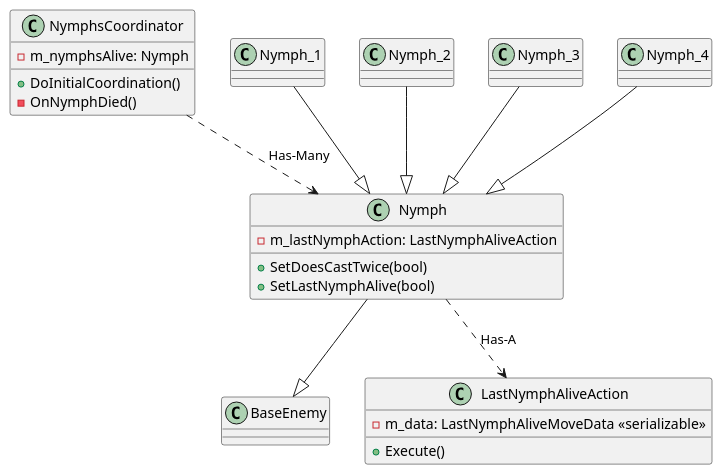
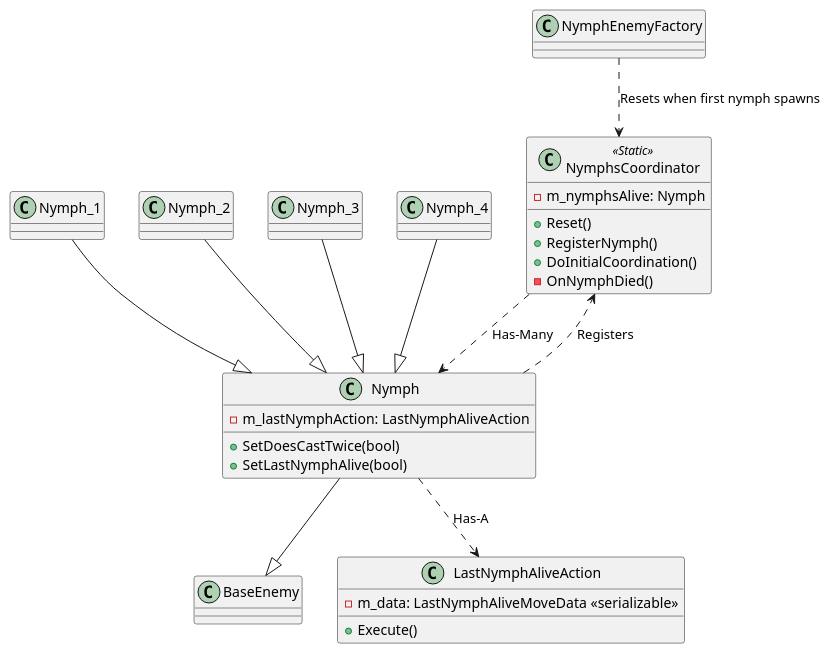
The diagram in Assets/Docs/UML/Enemies/NymphsUML.puml (theAliTajik/MarchOnOlympus), drawn with PlantUML before and after one commit. The commit also changed 2312 other files, not shown here.

```diff
--- a/Assets/Docs/UML/Enemies/NymphsUML.puml
+++ b/Assets/Docs/UML/Enemies/NymphsUML.puml
@@ -1,37 +1,44 @@
 @startuml
-class NymphsCoordinator{
+class NymphsCoordinator <<Static>>{
 - m_nymphsAlive: Nymph
 
++ Reset()
++ RegisterNymph()
 + DoInitialCoordination()
 - OnNymphDied()
 }
 NymphsCoordinator ..> Nymph : Has-Many
+Nymph ..> NymphsCoordinator : Registers
 
+class NymphEnemyFactory{
+
+}
+NymphEnemyFactory ..> NymphsCoordinator: Resets when first nymph spawns
 
 class BaseEnemy
 Nymph --|> BaseEnemy
 
 class Nymph{
 - m_lastNymphAction: LastNymphAliveAction
 
 + SetDoesCastTwice(bool)
 + SetLastNymphAlive(bool)
 }
 
 class LastNymphAliveAction{
 - m_data: LastNymphAliveMoveData <<serializable>>
 
 + Execute()
 }
 Nymph ..> LastNymphAliveAction : Has-A
 
 class Nymph_1
 class Nymph_2
 class Nymph_3
 class Nymph_4
 
 Nymph_1 --|> Nymph
 Nymph_2 --|> Nymph
 Nymph_3 --|> Nymph
 Nymph_4 --|> Nymph
 @enduml
```
